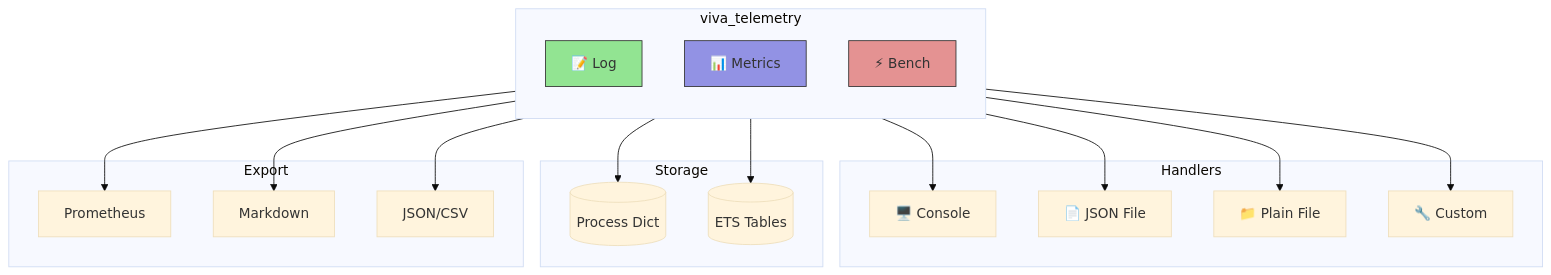
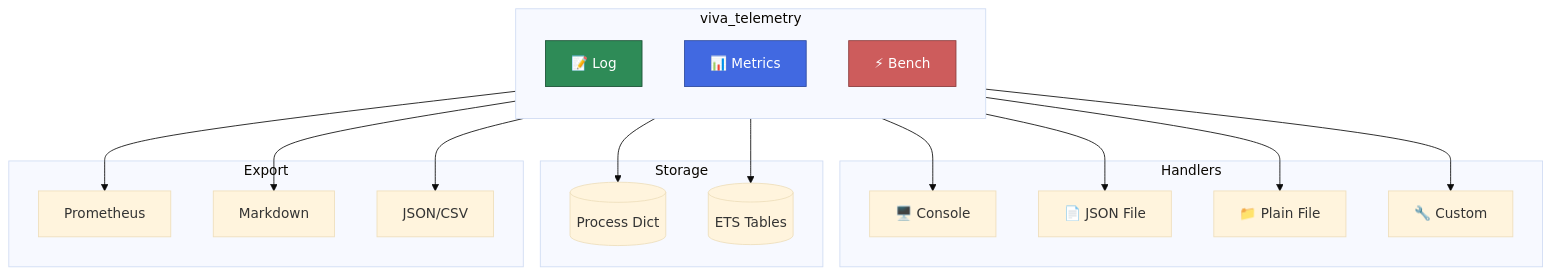
The first of 5 diagrams in README.md (gabrielmaialva33/viva_telemetry), drawn with Mermaid (base theme) before and after one commit. The commit also changed other lines of this file, not shown here.

First line of the commit message:
style: WCAG accessible colors in Mermaid diagrams

````diff
--- a/README.md
+++ b/README.md
@@ -28,43 +28,43 @@
 ```mermaid
 graph TB
     subgraph viva_telemetry
         direction TB
         LOG[📝 Log]
         METRICS[📊 Metrics]
         BENCH[⚡ Bench]
     end
 
     subgraph Handlers
         CONSOLE[🖥️ Console]
         JSON[📄 JSON File]
         FILE[📁 Plain File]
         CUSTOM[🔧 Custom]
     end
 
     subgraph Storage
         PROCDICT[(Process Dict)]
         ETS[(ETS Tables)]
     end
 
     subgraph Export
         PROM[Prometheus]
         MD[Markdown]
         CSV[JSON/CSV]
     end
 
     LOG --> CONSOLE
     LOG --> JSON
     LOG --> FILE
     LOG --> CUSTOM
     LOG --> PROCDICT
 
     METRICS --> ETS
     METRICS --> PROM
 
     BENCH --> MD
     BENCH --> CSV
 
-    style LOG fill:#92e492,stroke:#333
-    style METRICS fill:#9292e4,stroke:#333
-    style BENCH fill:#e49292,stroke:#333
+    style LOG fill:#2E8B57,stroke:#1a5235,color:#fff
+    style METRICS fill:#4169E1,stroke:#2d4a9e,color:#fff
+    style BENCH fill:#CD5C5C,stroke:#8b3d3d,color:#fff
 ```
````
